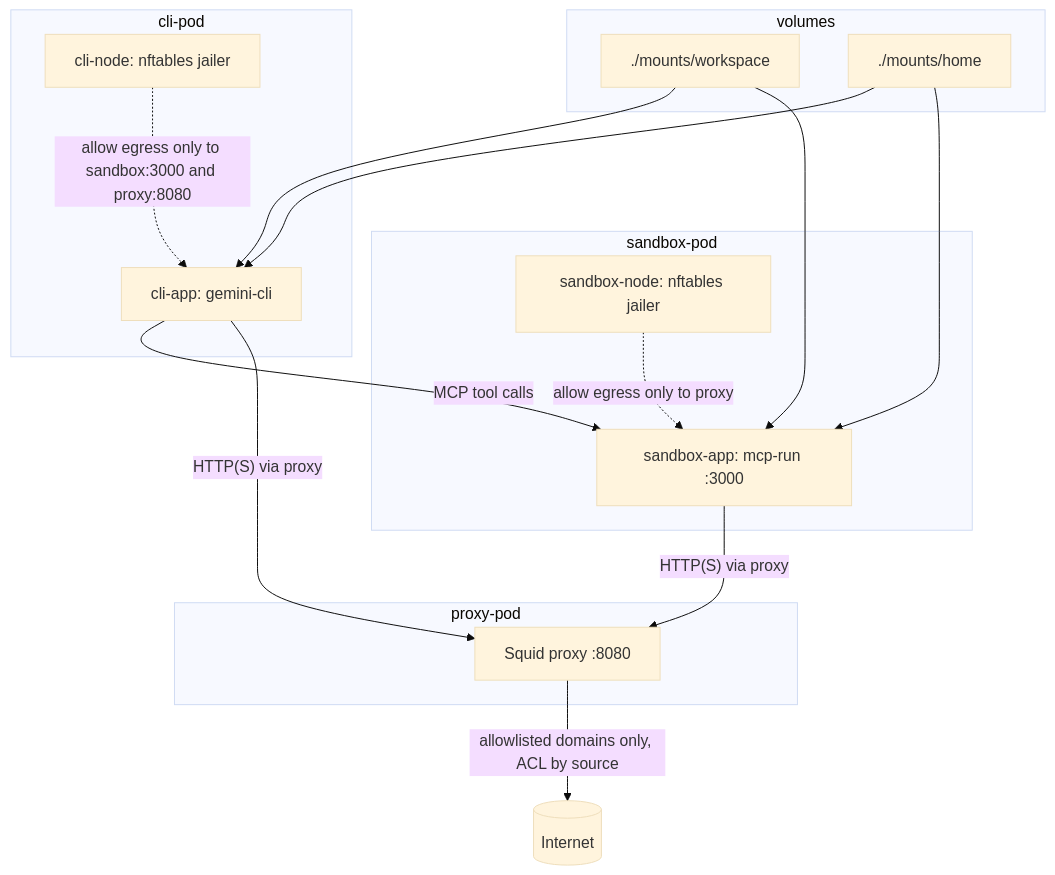
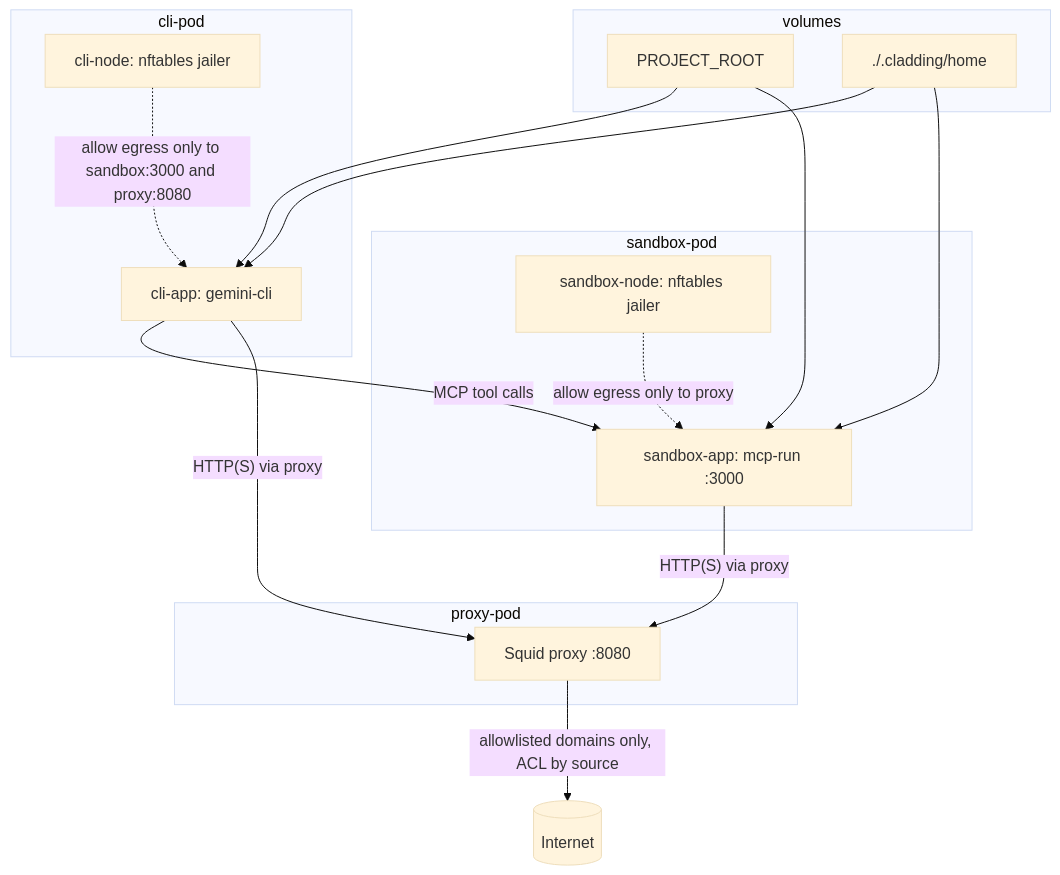
One commit to dstoc/cladding changed the diagram in README.md. Above: the diagram before and after it, drawn with Mermaid (base theme). The commit also changed other lines of this file and 2 other files, not shown here.

Commit message:
feat: store project config/mounts in project/.cladding

````diff
--- a/README.md
+++ b/README.md
@@ -71,35 +78,35 @@
 ```mermaid
 flowchart TB
   subgraph C[cli-pod]
     CJ[cli-node: nftables jailer]
     CA[cli-app: gemini-cli]
   end
 
   subgraph H[volumes]
-    WS[./mounts/workspace]
-    HOME[./mounts/home]
+    WS[PROJECT_ROOT]
+    HOME[./.cladding/home]
   end
 
 
   subgraph S[sandbox-pod]
     SJ[sandbox-node: nftables jailer]
     SA[sandbox-app: mcp-run :3000]
   end
 
   subgraph P[proxy-pod]
     PX[Squid proxy :8080]
   end
 
   WS --> CA
   WS --> SA
   HOME --> CA
   HOME --> SA
 
   CA -- MCP tool calls --> SA
   CA -- HTTP(S) via proxy --> PX
   SA -- HTTP(S) via proxy --> PX
   PX -- allowlisted domains only, ACL by source --> NET[(Internet)]
 
   CJ -. allow egress only to sandbox:3000 and proxy:8080 .-> CA
   SJ -. allow egress only to proxy .-> SA
 ```
````
